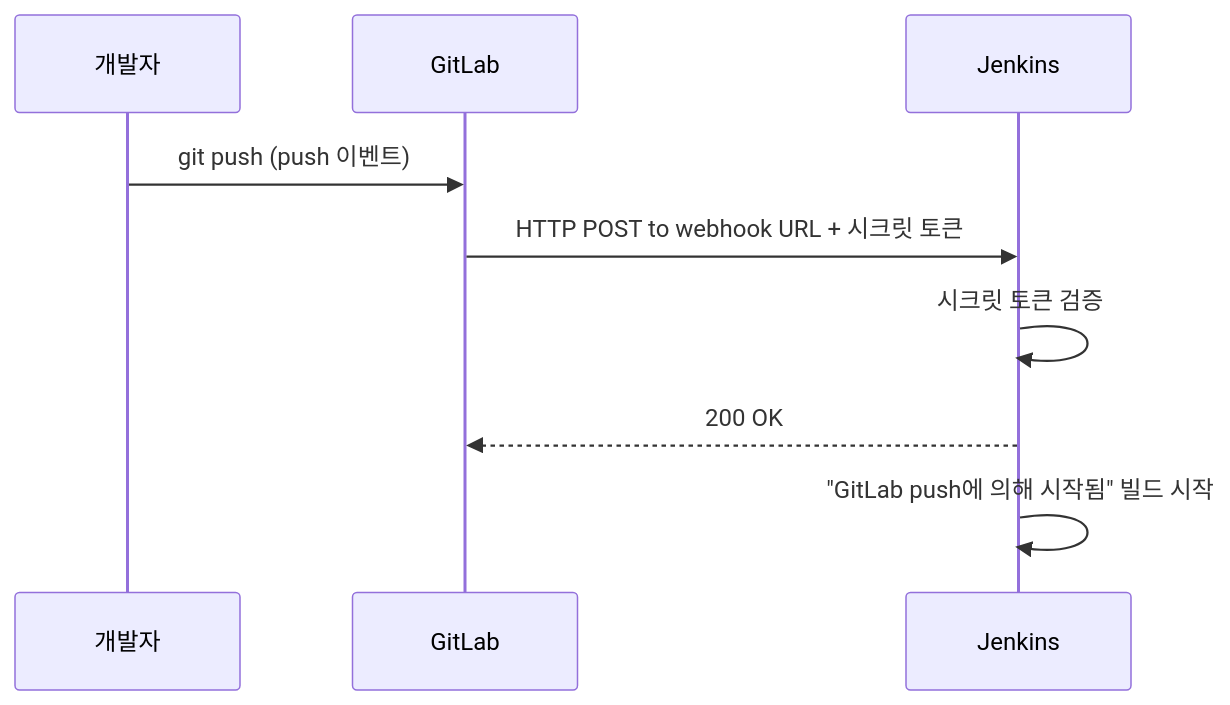
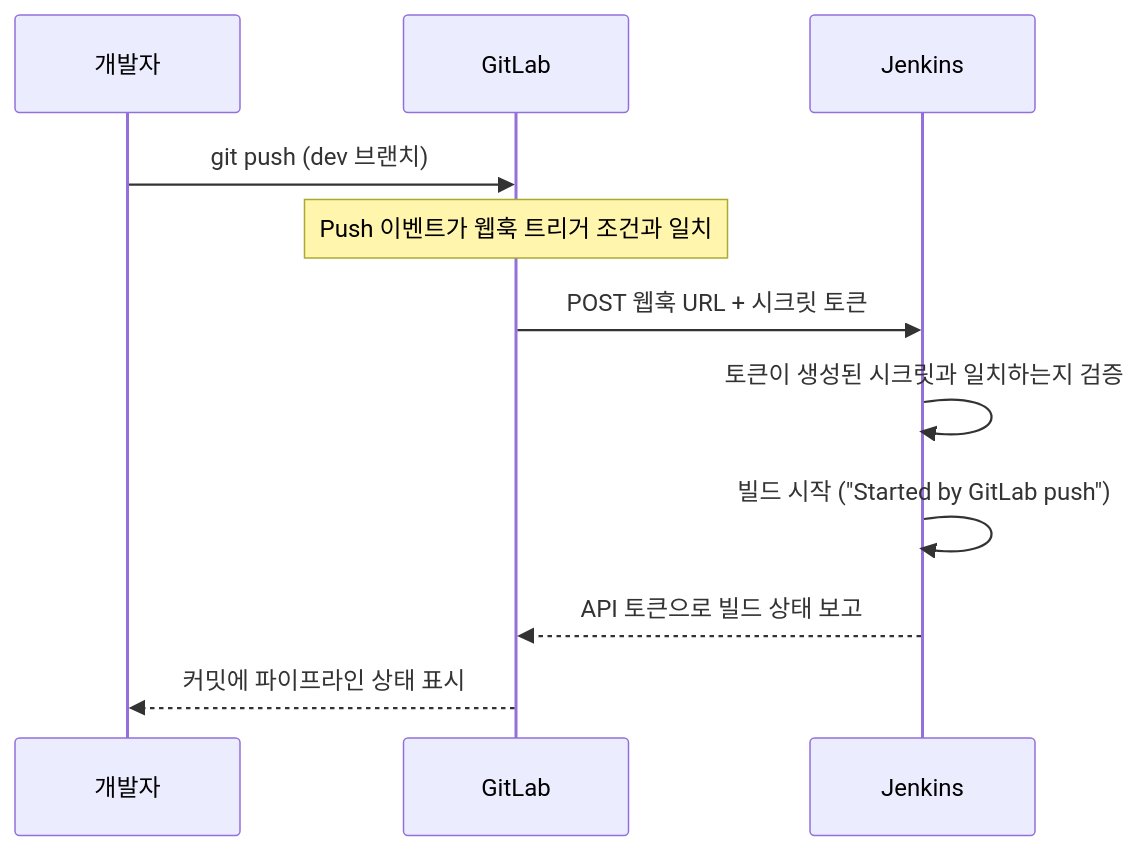
One commit to maroowe-wan/maroowe-wan.github.io changed the diagram in courses/devops-pipeline-ec2/lectures/03_gitlab-webhook/content.md. Above: the diagram before and after it, drawn with Mermaid. The commit also changed other lines of this file and 202 other files, not shown here.

````diff
--- a/courses/devops-pipeline-ec2/lectures/03_gitlab-webhook/content.md
+++ b/courses/devops-pipeline-ec2/lectures/03_gitlab-webhook/content.md
@@ -43,11 +104,13 @@
-```mermaid GitLab 웹훅이 Jenkins 빌드를 트리거하는 과정
+```mermaid GitLab 웹훅을 통한 push-to-build 흐름
 sequenceDiagram
     participant Dev as 개발자
-    participant GitLab as GitLab
-    participant Jenkins as Jenkins
-    Dev->>GitLab: git push (push 이벤트)
-    GitLab->>Jenkins: HTTP POST to webhook URL + 시크릿 토큰
-    Jenkins->>Jenkins: 시크릿 토큰 검증
-    Jenkins-->>GitLab: 200 OK
-    Jenkins->>Jenkins: "GitLab push에 의해 시작됨" 빌드 시작
+    participant GL as GitLab
+    participant JK as Jenkins
+    Dev->>GL: git push (dev 브랜치)
+    Note over GL: Push 이벤트가 웹훅 트리거 조건과 일치
+    GL->>JK: POST 웹훅 URL + 시크릿 토큰
+    JK->>JK: 토큰이 생성된 시크릿과 일치하는지 검증
+    JK->>JK: 빌드 시작 ("Started by GitLab push")
+    JK-->>GL: API 토큰으로 빌드 상태 보고
+    GL-->>Dev: 커밋에 파이프라인 상태 표시
 ```
````
